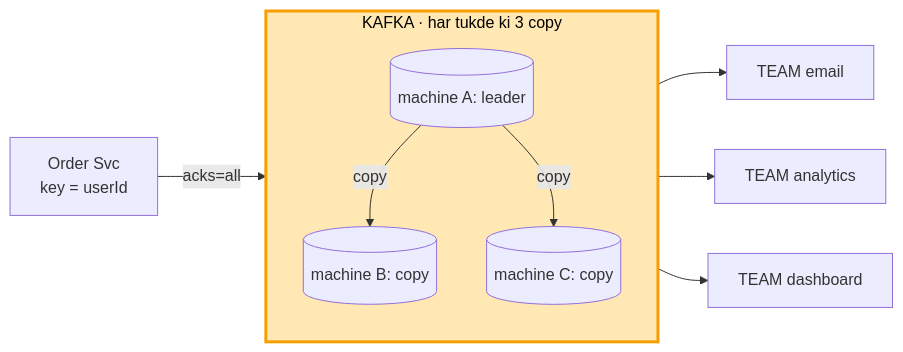
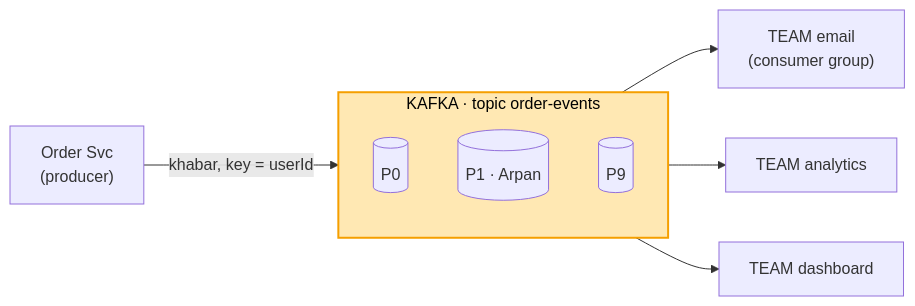
The first of 2 diagrams in 04_HLD/SYSTEM_DESIGNS/12_message_queue_kafka/kafka_seedha.md (ArpanMaheshwari144/Prep), drawn with Mermaid before and after one commit. The commit also changed other lines of this file, not shown here.

Commit message:
kafka: interview ka ek page (daayra, ginti, dabbe + kaam, khud todo), neeche cross-Q

````diff
--- a/04_HLD/SYSTEM_DESIGNS/12_message_queue_kafka/kafka_seedha.md
+++ b/04_HLD/SYSTEM_DESIGNS/12_message_queue_kafka/kafka_seedha.md
@@ -95,15 +39,13 @@
 ```mermaid
 flowchart LR
-    O["Order Svc<br/>key = userId"] -- "acks=all" --> K
-    subgraph K["KAFKA · har tukde ki 3 copy"]
-        L[("machine A: leader")]
-        B[("machine B: copy")]
-        C[("machine C: copy")]
+    O["Order Svc<br/>(producer)"] -- "khabar, key = userId" --> K
+    subgraph K["KAFKA · topic order-events"]
+        P0[("P0")]
+        P1[("P1 · Arpan")]
+        P9[("P9")]
     end
-    L -- copy --> B
-    L -- copy --> C
-    K --> E["TEAM email"]
+    K --> E["TEAM email<br/>(consumer group)"]
     K --> A["TEAM analytics"]
     K --> D["TEAM dashboard"]
-    style K fill:#ffe8b3,stroke:#f59f00,stroke-width:3px,color:#000
+    style K fill:#ffe8b3,stroke:#f59f00,stroke-width:2px,color:#000
 ```
````
